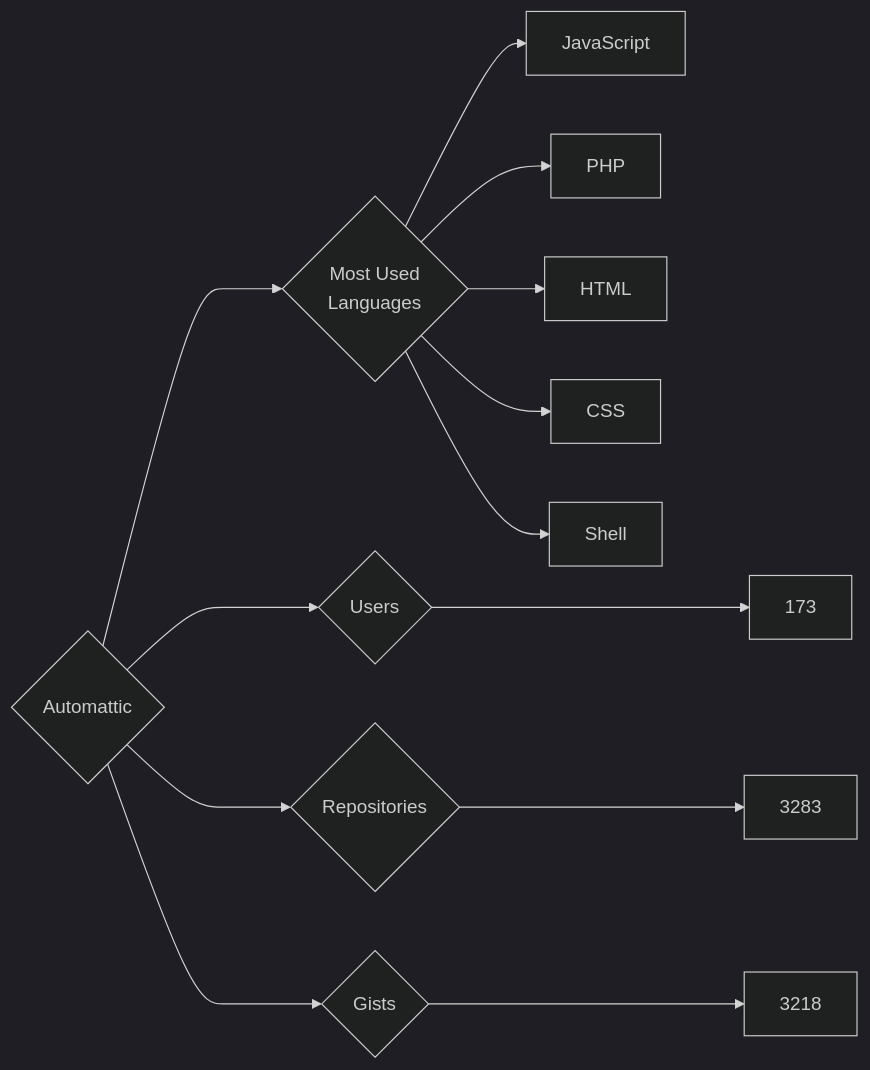
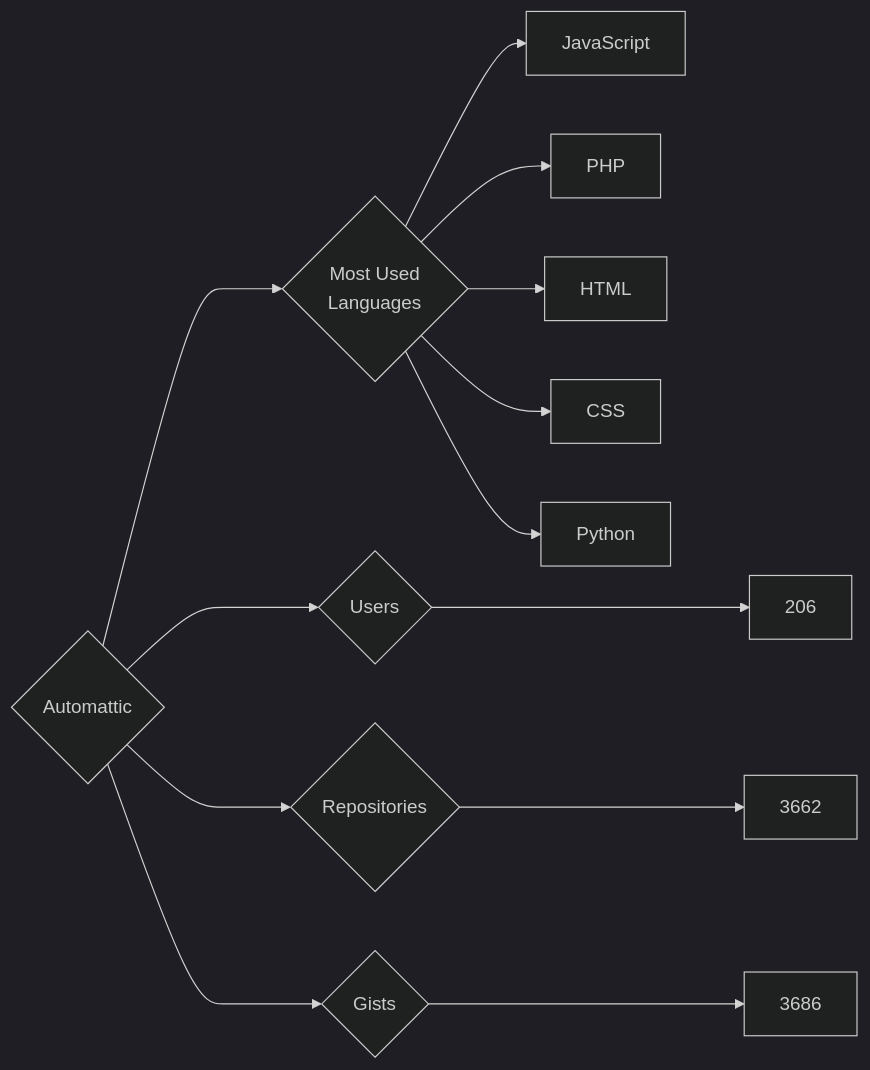
Before and after one commit to trickest/insiders: the diagram in targets/Automattic/README.md, drawn with Mermaid (dark theme). The commit also changed 772 other files, not shown here.

````diff
--- a/targets/Automattic/README.md
+++ b/targets/Automattic/README.md
@@ -3,13 +3,13 @@
 ```mermaid
 graph LR
 COMPANY_NAME{Automattic}
-COMPANY_NAME ---> U{Users} ---> UN[173]
-COMPANY_NAME ---> R{Repositories} ---> RN[3283]
-COMPANY_NAME ---> G{Gists} ---> GN[3218]
+COMPANY_NAME ---> U{Users} ---> UN[206]
+COMPANY_NAME ---> R{Repositories} ---> RN[3662]
+COMPANY_NAME ---> G{Gists} ---> GN[3686]
 COMPANY_NAME ---> ML{Most Used<br>Languages}
 ML --> JavaScript[JavaScript]
 ML --> PHP[PHP]
 ML --> HTML[HTML]
 ML --> CSS[CSS]
-ML --> Shell[Shell]
+ML --> Python[Python]
 ```
````
